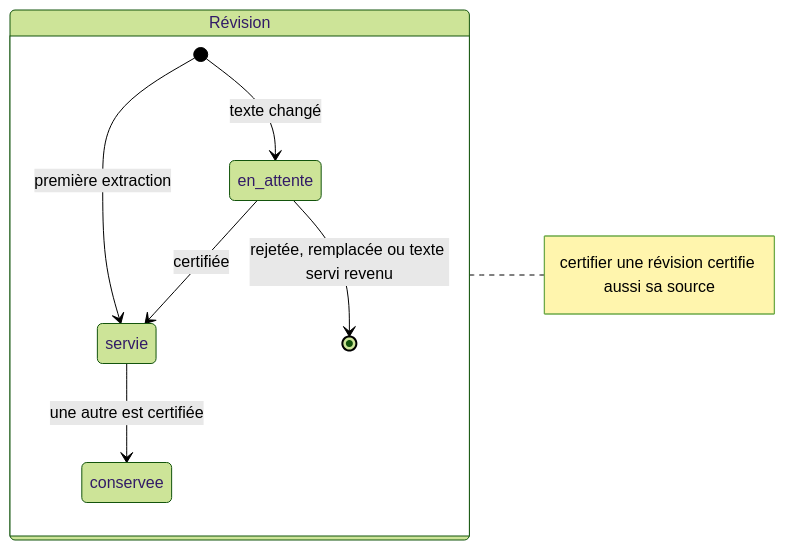
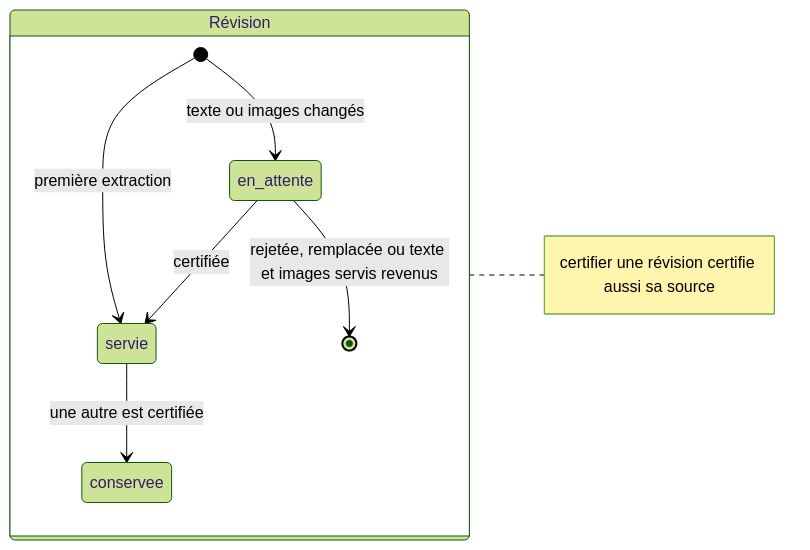
The fourth of 7 diagrams in docs/architecture.md (theopaolo/thot), drawn with Mermaid (forest theme) before and after one commit. The commit also changed other lines of this file and 20 other files, not shown here.

````diff
--- a/docs/architecture.md
+++ b/docs/architecture.md
@@ -657,12 +671,12 @@
 ```mermaid
 stateDiagram-v2
   direction LR
   state "Révision" as Revision {
     [*] --> servie: première extraction
-    [*] --> en_attente: texte changé
+    [*] --> en_attente: texte ou images changés
     en_attente --> servie: certifiée
-    en_attente --> [*]: rejetée, remplacée ou texte servi revenu
+    en_attente --> [*]: rejetée, remplacée ou texte et images servis revenus
     servie --> conservee: une autre est certifiée
   }
   note right of Revision: certifier une révision certifie aussi sa source
 ```
````
